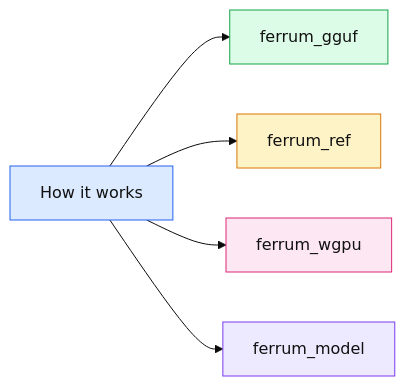
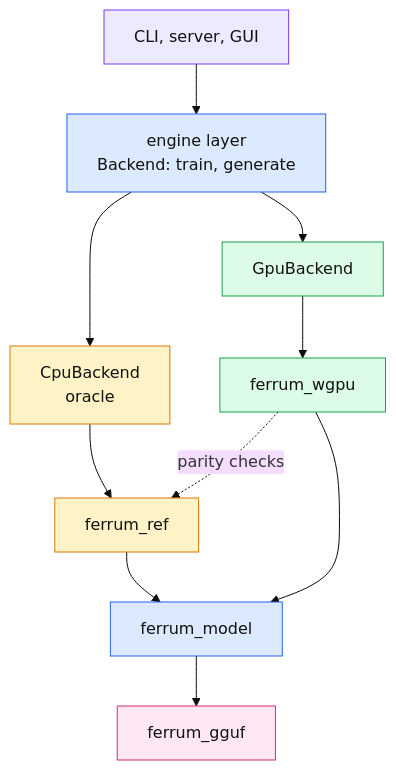
One commit to thomascherickal/ferrum-gpu changed the third of 21 diagrams in readme.md. Above: the diagram before and after it, drawn with Mermaid (base theme). The commit also changed other lines of this file and 4 other files, not shown here.

First line of the commit message:
docs: hand-drawn data-flow diagrams for the readme, architecture and GUI pages

````diff
--- a/readme.md
+++ b/readme.md
@@ -60,13 +75,17 @@
 ```mermaid
-flowchart LR
-    a["How it works"]:::root
-    a --> n0["ferrum_gguf"]:::c0
-    a --> n1["ferrum_ref"]:::c1
-    a --> n2["ferrum_wgpu"]:::c2
-    a --> n3["ferrum_model"]:::c3
-    classDef root fill:#dbeafe,stroke:#2563eb,color:#111
-    classDef c0 fill:#dcfce7,stroke:#16a34a,color:#111
-    classDef c1 fill:#fef3c7,stroke:#d97706,color:#111
-    classDef c2 fill:#fce7f3,stroke:#db2777,color:#111
-    classDef c3 fill:#ede9fe,stroke:#7c3aed,color:#111
+flowchart TD
+    fe["CLI, server, GUI"]:::host --> en["engine layer<br/>Backend: train, generate"]:::core
+    en --> cb["CpuBackend<br/>oracle"]:::cpu
+    en --> gb["GpuBackend"]:::gpu
+    cb --> rf["ferrum_ref"]:::cpu
+    gb --> wg["ferrum_wgpu"]:::gpu
+    rf --> md["ferrum_model"]:::core
+    wg --> md
+    md --> gg["ferrum_gguf"]:::io
+    wg -. "parity checks" .-> rf
+    classDef core fill:#dbeafe,stroke:#2563eb,color:#111
+    classDef gpu fill:#dcfce7,stroke:#16a34a,color:#111
+    classDef cpu fill:#fef3c7,stroke:#d97706,color:#111
+    classDef io fill:#fce7f3,stroke:#db2777,color:#111
+    classDef host fill:#ede9fe,stroke:#7c3aed,color:#111
 ```
````
